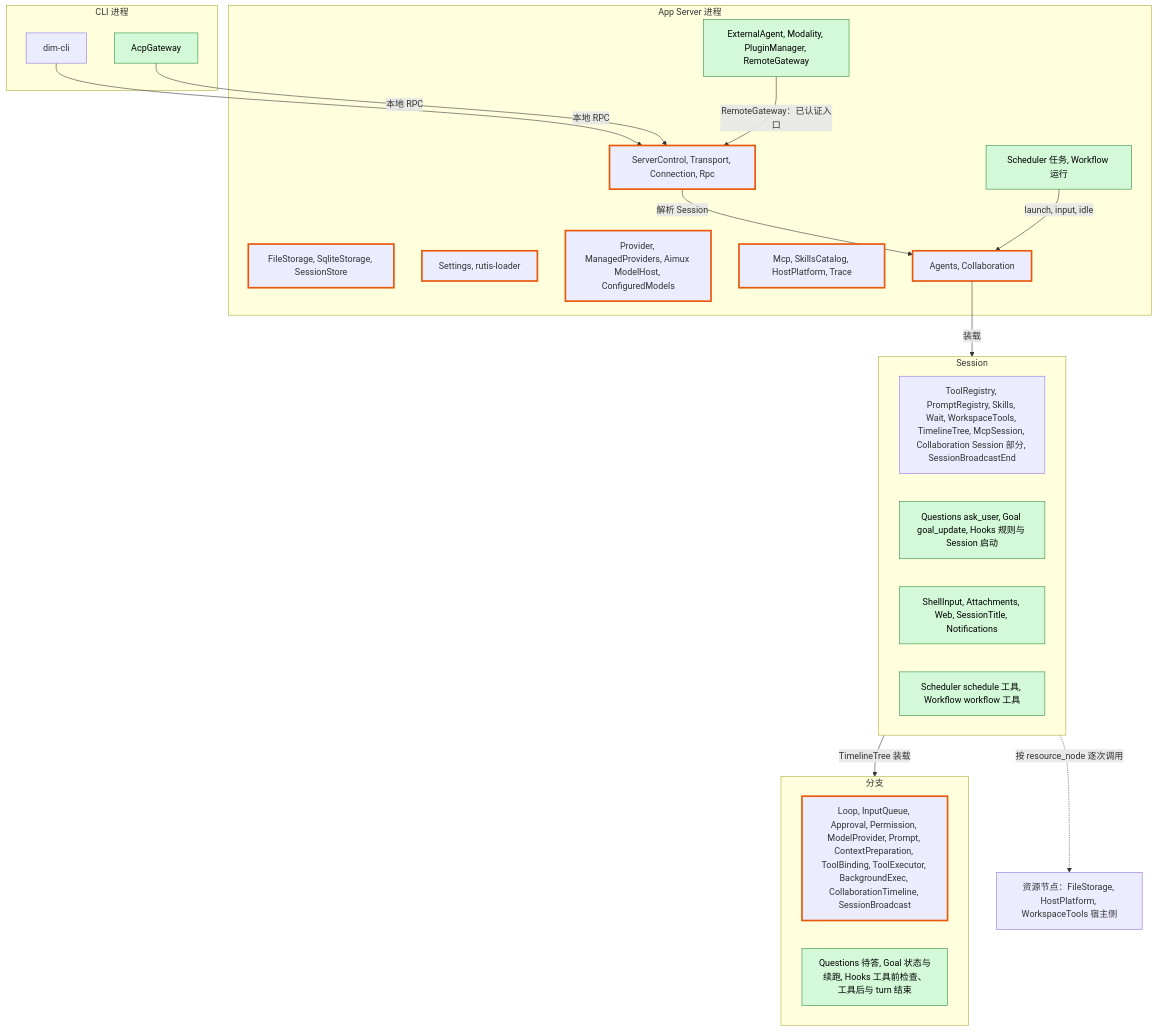
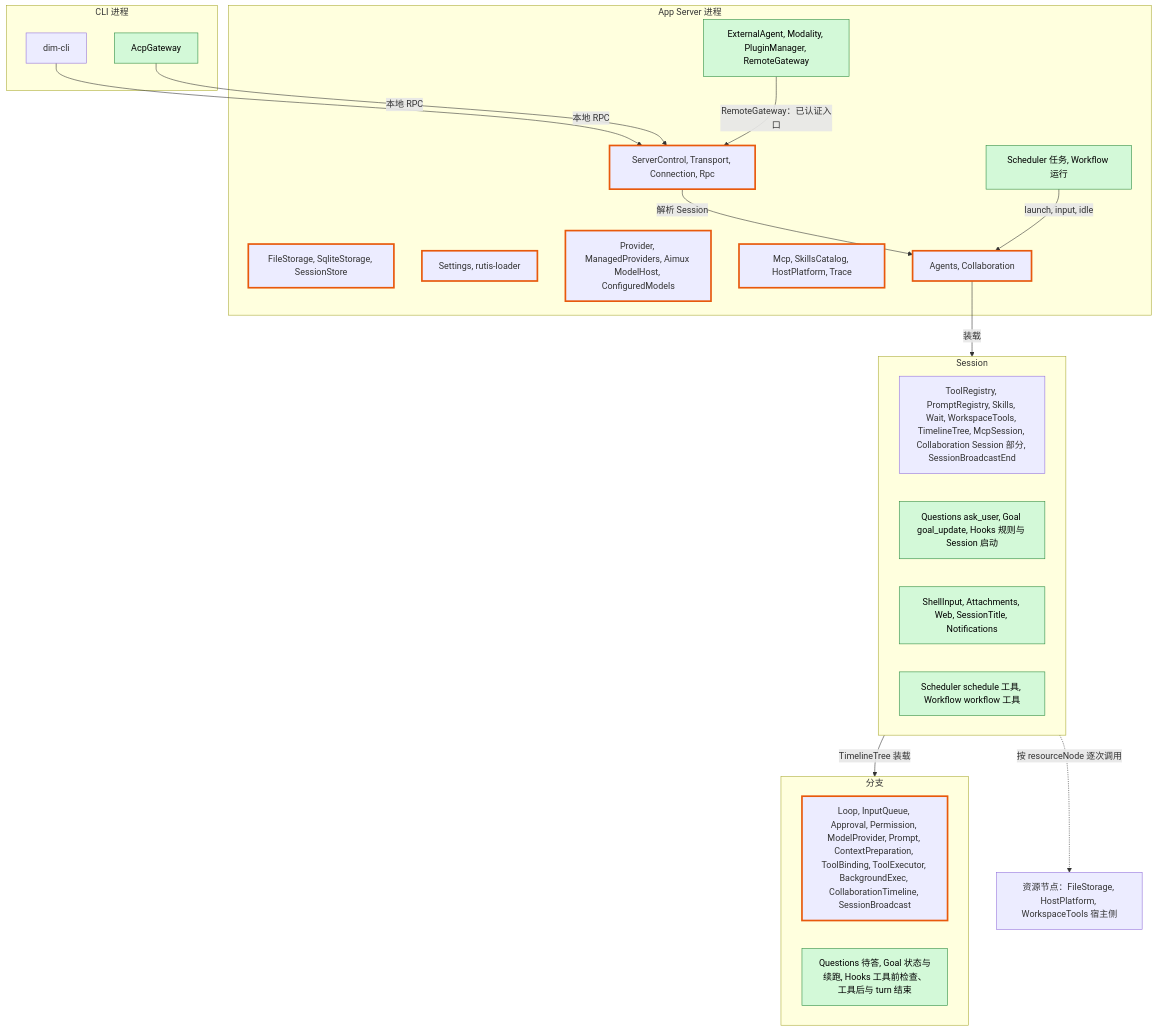
One commit to CoutinhoTTS/dim-agent changed the first of 8 diagrams in docs/zh/design/overview.md. Above: the diagram before and after it, drawn with Mermaid. The commit also changed other lines of this file and 18 other files, not shown here.

````diff
--- a/docs/zh/design/overview.md
+++ b/docs/zh/design/overview.md
@@ -25,40 +25,40 @@
 ```mermaid
 flowchart TB
   classDef new fill:#d3f9d8,stroke:#2b8a3e,color:#000
   classDef changed stroke:#e8590c,stroke-width:3px
 
   subgraph CLIP["CLI 进程"]
     cli["dim-cli"]
     acp["AcpGateway"]:::new
   end
   subgraph PROC["App Server 进程"]
     entry["ServerControl, Transport, Connection, Rpc"]:::changed
     store["FileStorage, SqliteStorage, SessionStore"]:::changed
     cfg["Settings, rutis-loader"]:::changed
     models["Provider, ManagedProviders, Aimux ModelHost, ConfiguredModels"]:::changed
     cat["Mcp, SkillsCatalog, HostPlatform, Trace"]:::changed
     agents["Agents, Collaboration"]:::changed
     pnew["Scheduler 任务, Workflow 运行"]:::new
     pext["ExternalAgent, Modality, PluginManager, RemoteGateway"]:::new
   end
   subgraph SES["Session"]
     sexist["ToolRegistry, PromptRegistry, Skills, Wait, WorkspaceTools, TimelineTree, McpSession, Collaboration Session 部分, SessionBroadcastEnd"]
     snew1["Questions ask_user, Goal goal_update, Hooks 规则与 Session 启动"]:::new
     snew2["ShellInput, Attachments, Web, SessionTitle, Notifications"]:::new
     snew3["Scheduler schedule 工具, Workflow workflow 工具"]:::new
   end
   subgraph BR["分支"]
     bexist["Loop, InputQueue, Approval, Permission, ModelProvider, Prompt, ContextPreparation, ToolBinding, ToolExecutor, BackgroundExec, CollaborationTimeline, SessionBroadcast"]:::changed
     bnew["Questions 待答, Goal 状态与续跑, Hooks 工具前检查、工具后与 turn 结束"]:::new
   end
   rn["资源节点：FileStorage, HostPlatform, WorkspaceTools 宿主侧"]
 
   cli -->|"本地 RPC"| entry
   acp -->|"本地 RPC"| entry
   pext -->|"RemoteGateway：已认证入口"| entry
   entry -->|"解析 Session"| agents
   agents -->|"装载"| SES
   SES -->|"TimelineTree 装载"| BR
   pnew -->|"launch, input, idle"| agents
-  SES -.->|"按 resource_node 逐次调用"| rn
+  SES -.->|"按 resourceNode 逐次调用"| rn
 ```
````
